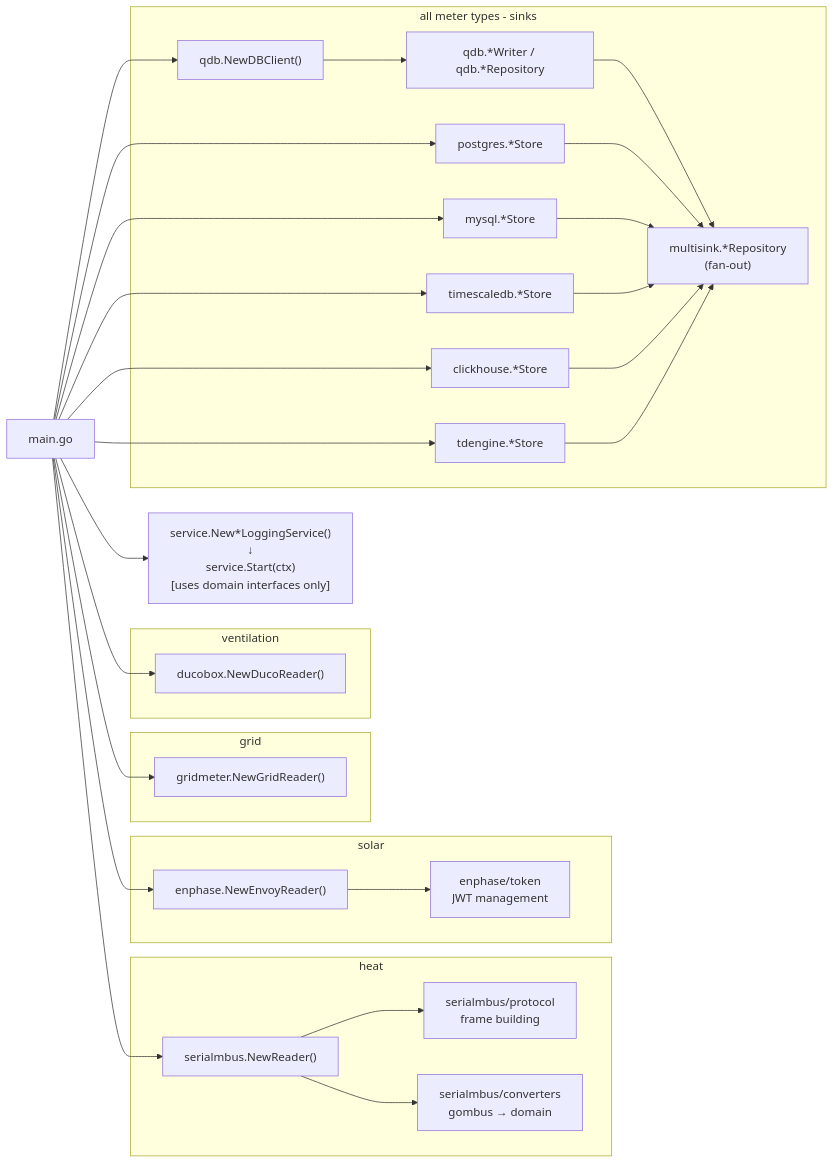
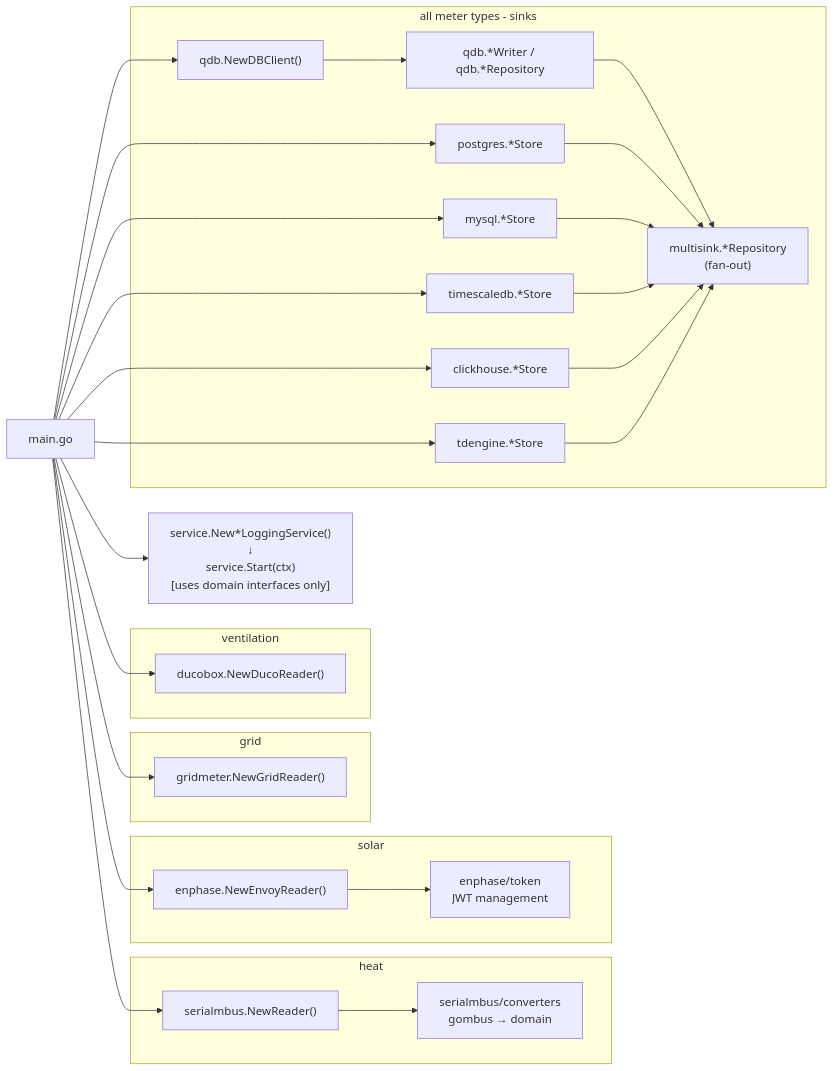
One commit to yottabytesolutions/meterlogger changed the third of 3 diagrams in documentation/architecture.md. Above: the diagram before and after it, drawn with Mermaid. The commit also changed other lines of this file and 138 other files, not shown here.

````diff
--- a/documentation/architecture.md
+++ b/documentation/architecture.md
@@ -113,57 +110,55 @@
 ```mermaid
 flowchart LR
     main["main.go"]
 
     subgraph heat["heat"]
         mbus["serialmbus.NewReader()"]
-        proto["serialmbus/protocol\nframe building"]
         conv["serialmbus/converters\ngombus → domain"]
-        mbus --> proto
         mbus --> conv
     end
 
     subgraph grid["grid"]
         greader["gridmeter.NewGridReader()"]
     end
 
     subgraph solar["solar"]
         envoy["enphase.NewEnvoyReader()"]
         jwt["enphase/token\nJWT management"]
         envoy --> jwt
     end
 
     subgraph vent["ventilation"]
         duco["ducobox.NewDucoReader()"]
     end
 
     subgraph shared["all meter types - sinks"]
         qdbclient["qdb.NewDBClient()"]
         qdbwriter["qdb.*Writer / qdb.*Repository"]
         pg["postgres.*Store"]
         my["mysql.*Store"]
         ts["timescaledb.*Store"]
         ch["clickhouse.*Store"]
         td["tdengine.*Store"]
         ms["multisink.*Repository\n(fan-out)"]
         qdbclient --> qdbwriter
         qdbwriter --> ms
         pg --> ms
         my --> ms
         ts --> ms
         ch --> ms
         td --> ms
     end
 
     svc["service.New*LoggingService()\n↓\nservice.Start(ctx)\n[uses domain interfaces only]"]
     main --> mbus
     main --> greader
     main --> envoy
     main --> duco
     main --> qdbclient
     main --> pg
     main --> my
     main --> ts
     main --> ch
     main --> td
     main --> svc
 ```
````
